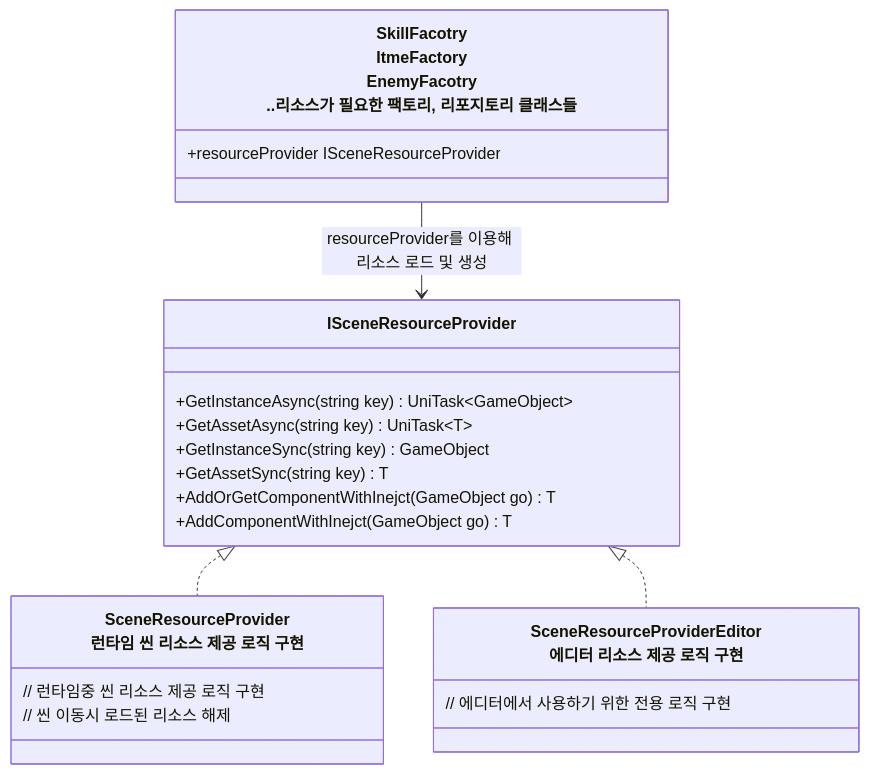
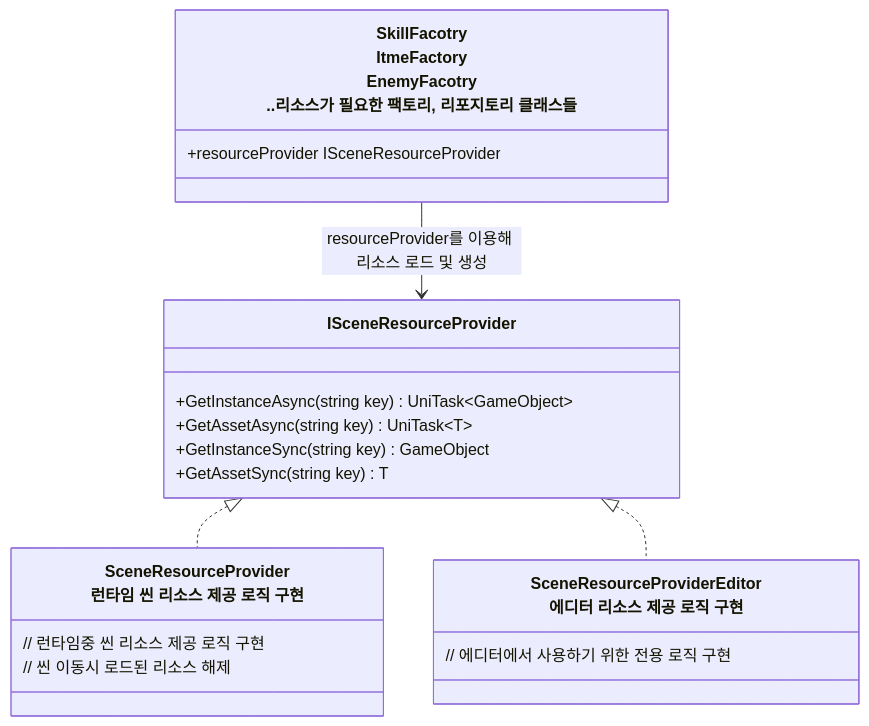
The diagram in README/리소스_관리구조_설계.md (JIN5EOK/DungeonShooter), drawn with Mermaid before and after one commit. The commit also changed 11 other files, not shown here.

````diff
--- a/README/리소스_관리구조_설계.md
+++ b/README/리소스_관리구조_설계.md
@@ -6,27 +6,25 @@
 ```mermaid
 classDiagram
     class ISceneResourceProvider{
         +GetInstanceAsync(string key) UniTask~GameObject~
         +GetAssetAsync<T>(string key) UniTask~T~
         +GetInstanceSync(string key) GameObject
         +GetAssetSync<T>(string key) T
-        +AddOrGetComponentWithInejct<T>(GameObject go) T
-        +AddComponentWithInejct<T>(GameObject go) T    
     }
     class SceneResourceProviderEditor["SceneResourceProviderEditor<br>에디터 리소스 제공 로직 구현"]{
         // 에디터에서 사용하기 위한 전용  로직 구현
     }
     
     class SceneResourceProvider["SceneResourceProvider<br>런타임 씬 리소스 제공 로직 구현"]{
         // 런타임중 씬 리소스 제공 로직 구현
         // 씬 이동시 로드된 리소스 해제
     }
 
     class 팩토리들["SkillFacotry<br>ItmeFactory<br>EnemyFacotry<br>..리소스가 필요한 팩토리, 리포지토리 클래스들"]{
         +resourceProvider ISceneResourceProvider
     }
     
     ISceneResourceProvider <|.. SceneResourceProvider
     ISceneResourceProvider <|.. SceneResourceProviderEditor
     팩토리들 --> ISceneResourceProvider : resourceProvider를 이용해 리소스 로드 및 생성
 ```
````
